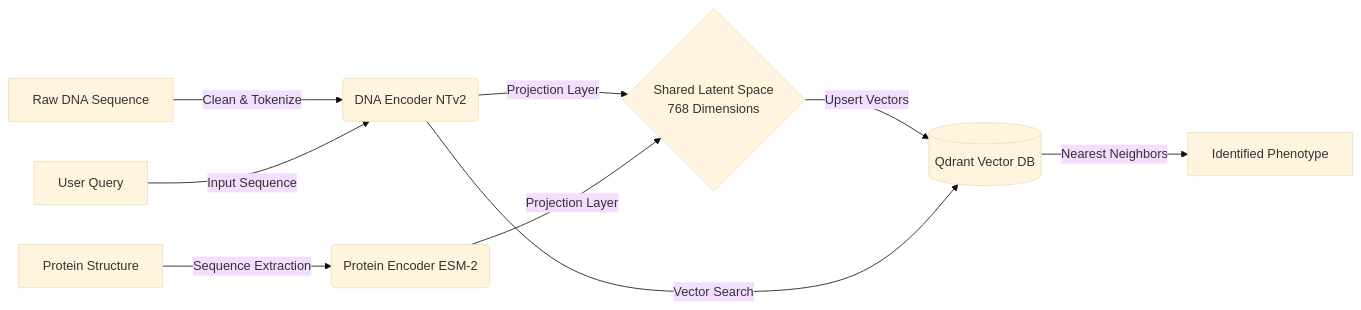
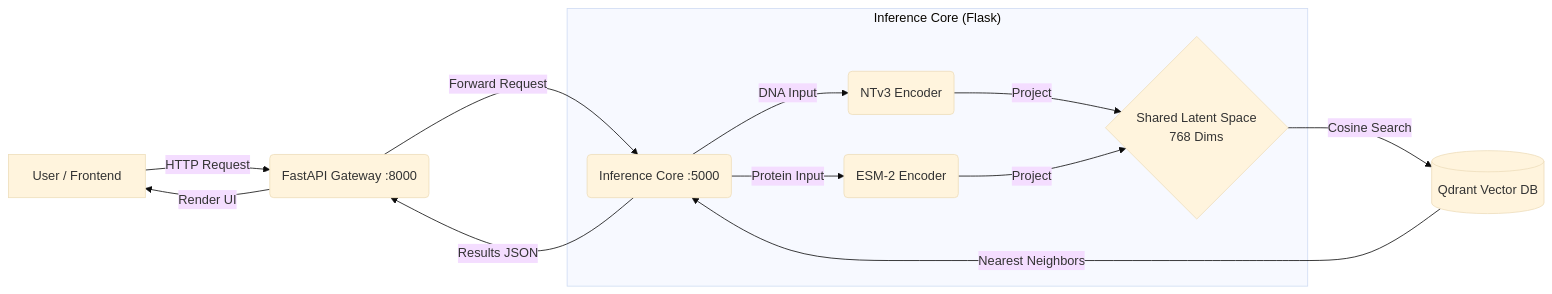
The diagram in README.md (eyaChikhaoui/Synapse), drawn with Mermaid (base theme) before and after one commit. The commit also changed other lines of this file, not shown here.

````diff
--- a/README.md
+++ b/README.md
@@ -44,14 +54,19 @@
 ```mermaid
 graph LR
-    A[Raw DNA Sequence] -->|Clean & Tokenize| B(DNA Encoder NTv2)
-    C[Protein Structure] -->|Sequence Extraction| D(Protein Encoder ESM-2)
+    User[User / Frontend] -->|HTTP Request| Gateway(FastAPI Gateway :8000)
     
-    B -->|Projection Layer| E{Shared Latent Space<br/>768 Dimensions}
-    D -->|Projection Layer| E
+    Gateway -->|Forward Request| Core(Inference Core :5000)
     
-    E -->|Upsert Vectors| F[(Qdrant Vector DB)]
+    subgraph "Inference Core (Flask)"
+        Core -->|DNA Input| NTv3(NTv3 Encoder)
+        Core -->|Protein Input| ESM(ESM-2 Encoder)
+        NTv3 -->|Project| Latent{Shared Latent Space<br/>768 Dims}
+        ESM -->|Project| Latent
+    end
     
-    User[User Query] -->|Input Sequence| B
-    B -->|Vector Search| F
-    F -->|Nearest Neighbors| Result[Identified Phenotype]
+    Latent -->|Cosine Search| DB[(Qdrant Vector DB)]
+    DB -->|Nearest Neighbors| Core
+    Core -->|Results JSON| Gateway
+    Gateway -->|Render UI| User
+
 ```
````
